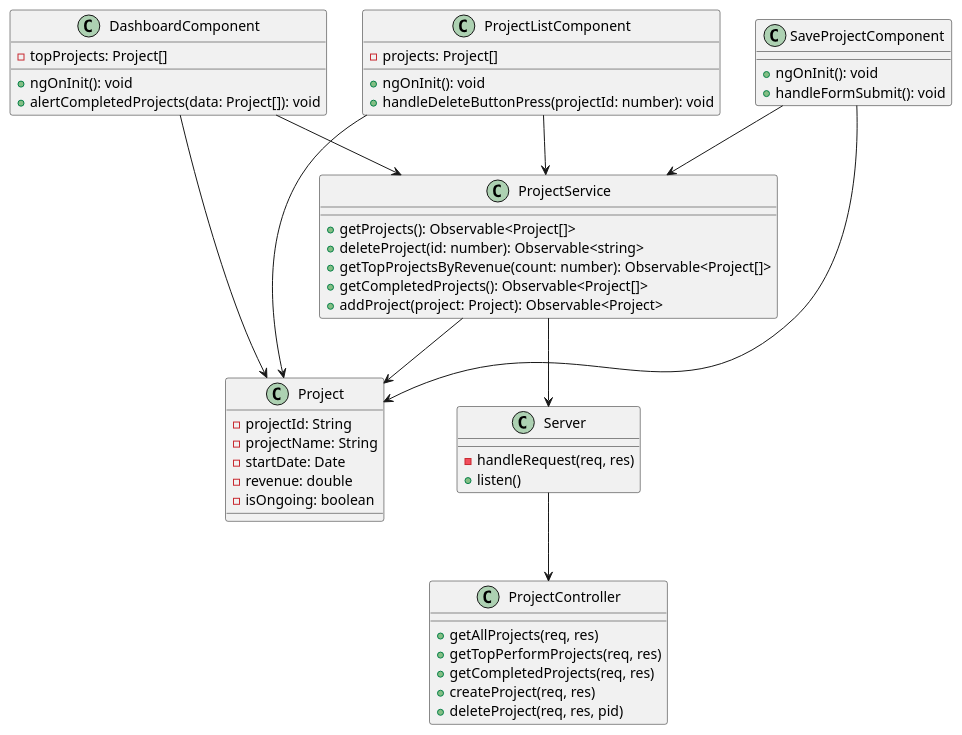
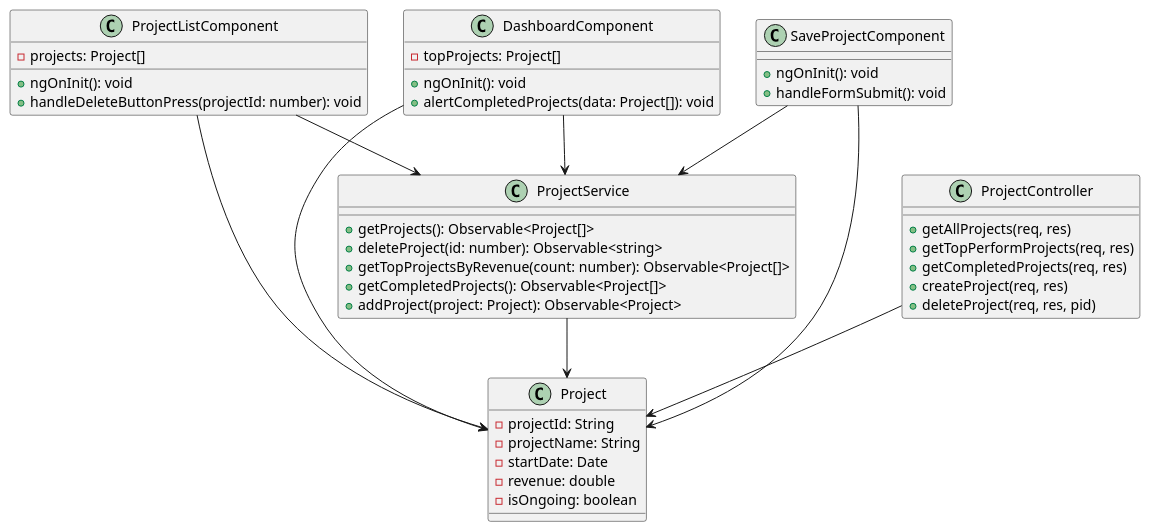
The second of 2 diagrams in diagrams/angular/angular.md (haturusinghe/project-dashboard-angular), drawn with PlantUML before and after one commit. The commit also changed other lines of this file and 3 other files, not shown here.

````diff
--- a/diagrams/angular/angular.md
+++ b/diagrams/angular/angular.md
@@ -90,72 +90,69 @@
 ```plantuml
 @startuml
 top to bottom direction
 
 class ProjectService{
     +getProjects(): Observable<Project[]>
     +deleteProject(id: number): Observable<string>
     +getTopProjectsByRevenue(count: number): Observable<Project[]>
     +getCompletedProjects(): Observable<Project[]>
     +addProject(project: Project): Observable<Project>
 }
 
 class Project{
     -projectId: String
     -projectName: String
     -startDate: Date
     -revenue: double
     -isOngoing: boolean
 }
 
 class ProjectListComponent{
     -projects: Project[]
     +ngOnInit(): void
     +handleDeleteButtonPress(projectId: number): void
 }
 
 class DashboardComponent{
     -topProjects: Project[]
     +ngOnInit(): void
     +alertCompletedProjects(data: Project[]): void
 }
 
 class SaveProjectComponent{
     +ngOnInit(): void
     +handleFormSubmit(): void
 }
 
 class ProjectController {
   +getAllProjects(req, res)
   +getTopPerformProjects(req, res)
   +getCompletedProjects(req, res)
   +createProject(req, res)
   +deleteProject(req, res, pid)
 }
 
-class Server {
-  -handleRequest(req, res)
-  +listen()
-}
 
 
-Server --> ProjectController 
+
 
 
 
 ProjectListComponent --> ProjectService
 DashboardComponent --> ProjectService
 SaveProjectComponent --> ProjectService
 
 ProjectListComponent --> Project
 DashboardComponent --> Project
 SaveProjectComponent --> Project
 
 ProjectService --> Project
-ProjectService --> Server
+ProjectController --> Project
+
 
 
 
 @enduml
 
 
 ```
````
